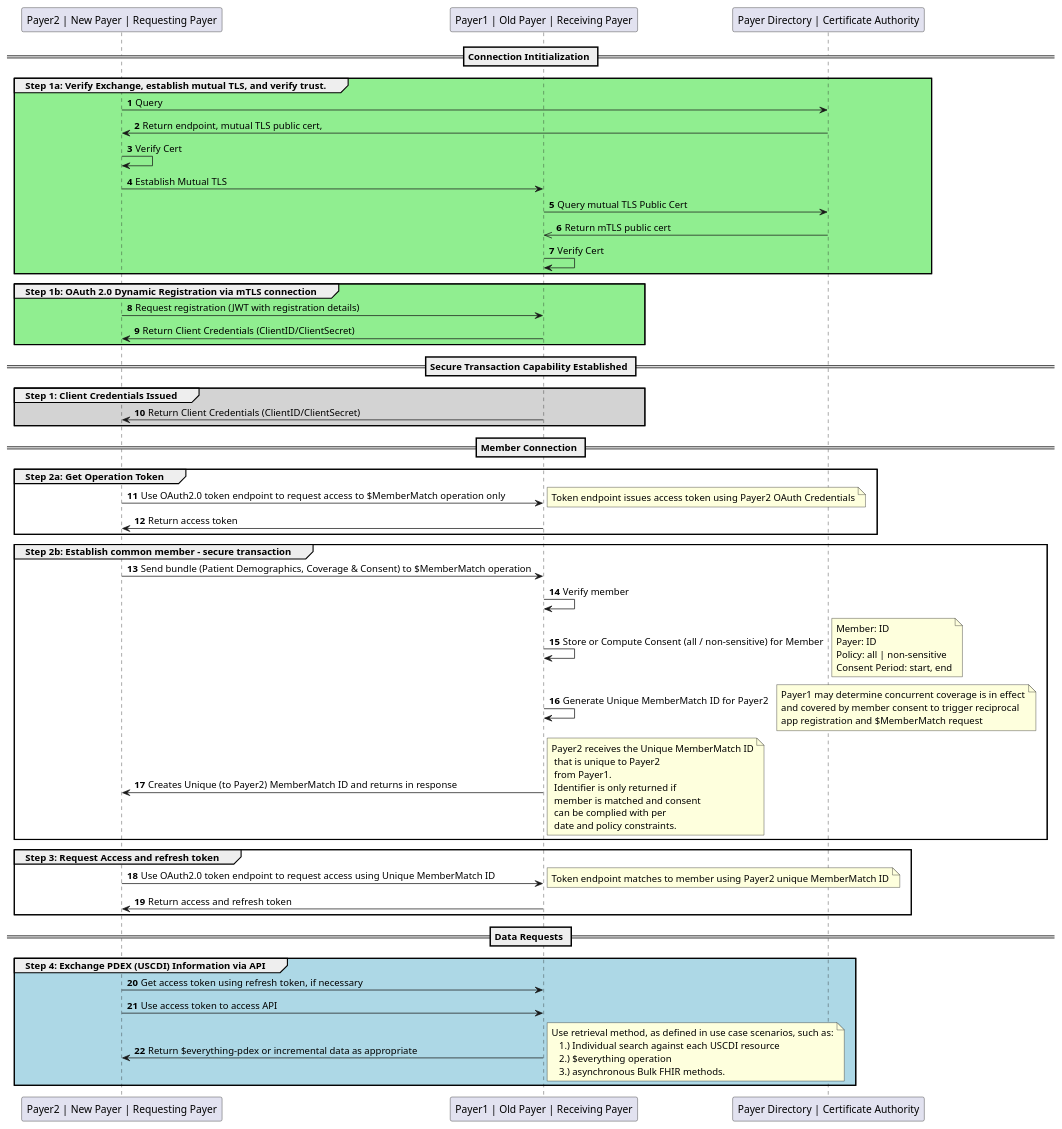
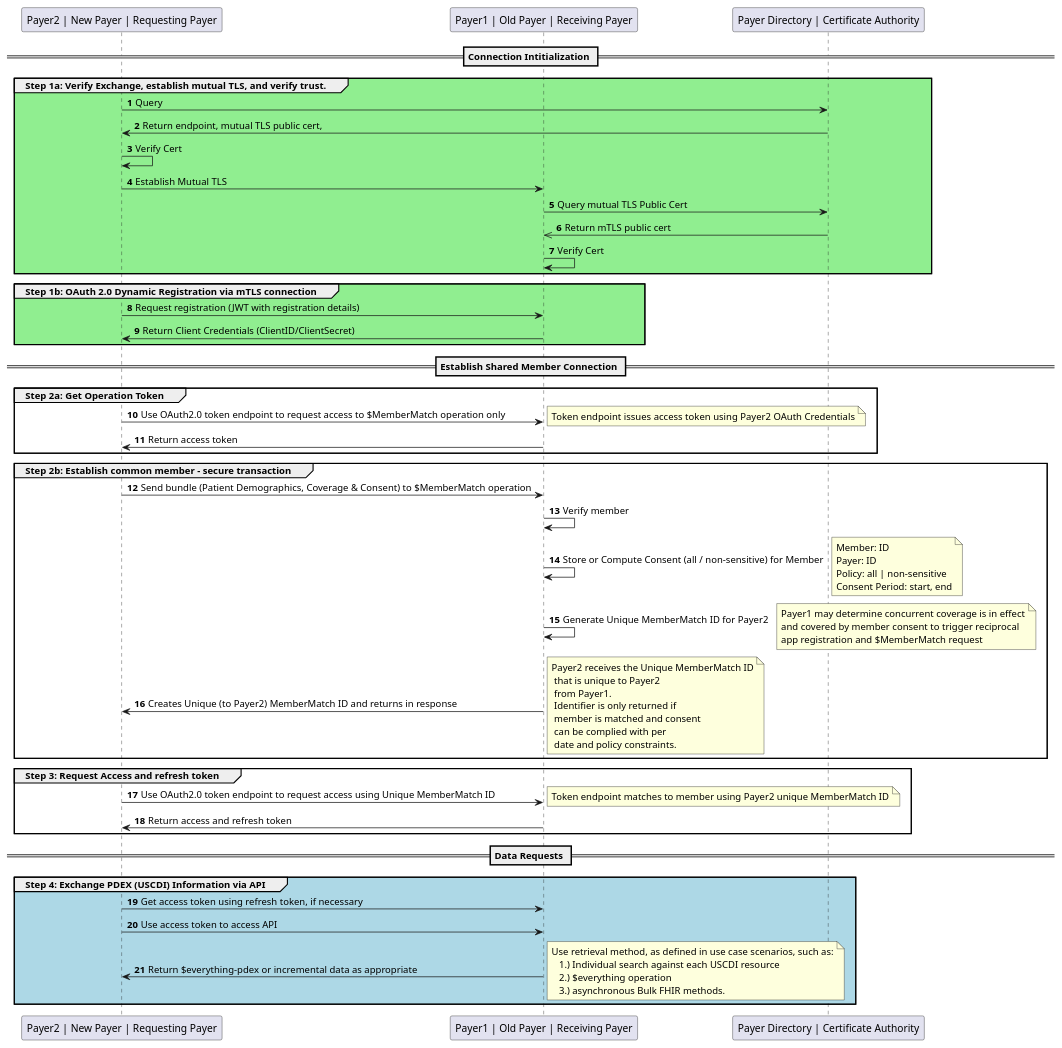
Before and after one commit to HL7/davinci-epdx: the diagram in input/images-source/authorization-consent.plantuml, drawn with PlantUML.

Commit message:
Clean up P2P Flow diagram - remove additional step 1.

```diff
--- a/input/images-source/authorization-consent.plantuml
+++ b/input/images-source/authorization-consent.plantuml
@@ -1,83 +1,79 @@
 @startuml
 skinparam svgDimensionStyle false
 autonumber
 participant "Payer2 | New Payer | Requesting Payer" as Payer2
 participant "Payer1 | Old Payer | Receiving Payer" as Payer1
 participant "Payer Directory | Certificate Authority" as PayerDirectory
 == Connection Intitialization ==
 group #LightGreen Step 1a: Verify Exchange, establish mutual TLS, and verify trust.
 	Payer2 -> PayerDirectory : Query
 	PayerDirectory -> Payer2 : Return endpoint, mutual TLS public cert,
 	Payer2 -> Payer2 : Verify Cert
 	Payer2 -> Payer1 : Establish Mutual TLS
 	Payer1 -> PayerDirectory : Query mutual TLS Public Cert
 	PayerDirectory ->> Payer1 : Return mTLS public cert
 	Payer1 -> Payer1 : Verify Cert
 end
 group #lightGreen Step 1b: OAuth 2.0 Dynamic Registration via mTLS connection
 	Payer2 -> Payer1 : Request registration (JWT with registration details)
   Payer1 -> Payer2 : Return Client Credentials (ClientID/ClientSecret)
 end
-== Secure Transaction Capability Established ==
-group #lightGrey Step 1: Client Credentials Issued
-	Payer1 -> Payer2 : Return Client Credentials (ClientID/ClientSecret)
-end
 
-== Member Connection ==
+== Establish Shared Member Connection ==
 group Step 2a: Get Operation Token
 	Payer2 -> Payer1 : Use OAuth2.0 token endpoint to request access to $MemberMatch operation only
   note right
   	Token endpoint issues access token using Payer2 OAuth Credentials
   endnote
   Payer1 -> Payer2 : Return access token
 end
 group Step 2b: Establish common member - secure transaction
 	Payer2 -> Payer1 : Send bundle (Patient Demographics, Coverage & Consent) to $MemberMatch operation
 	Payer1 -> Payer1 : Verify member
   Payer1 -> Payer1 : Store or Compute Consent (all / non-sensitive) for Member
   note right
   Member: ID
   Payer: ID
   Policy: all | non-sensitive
   Consent Period: start, end
   endnote
 
 	Payer1 -> Payer1 : Generate Unique MemberMatch ID for Payer2
   note right
     Payer1 may determine concurrent coverage is in effect
     and covered by member consent to trigger reciprocal
     app registration and $MemberMatch request
   endnote
 
   Payer1 -> Payer2 : Creates Unique (to Payer2) MemberMatch ID and returns in response
   note right
   	Payer2 receives the Unique MemberMatch ID
     that is unique to Payer2
     from Payer1.
     Identifier is only returned if
     member is matched and consent
     can be complied with per
     date and policy constraints.
   endnote
 end
 
 group Step 3: Request Access and refresh token
 	Payer2 -> Payer1 : Use OAuth2.0 token endpoint to request access using Unique MemberMatch ID
   note right
   	Token endpoint matches to member using Payer2 unique MemberMatch ID
   endnote
   Payer1 -> Payer2 : Return access and refresh token
 end
 == Data Requests ==
 group #LightBlue Step 4: Exchange PDEX (USCDI) Information via API
 	Payer2 -> Payer1 : Get access token using refresh token, if necessary
   Payer2 -> Payer1 : Use access token to access API
 	Payer1 -> Payer2 : Return $everything-pdex or incremental data as appropriate
   note right
   	Use retrieval method, as defined in use case scenarios, such as:
       1.) Individual search against each USCDI resource
       2.) $everything operation
       3.) asynchronous Bulk FHIR methods.
   endnote
 end
 @enduml
```
